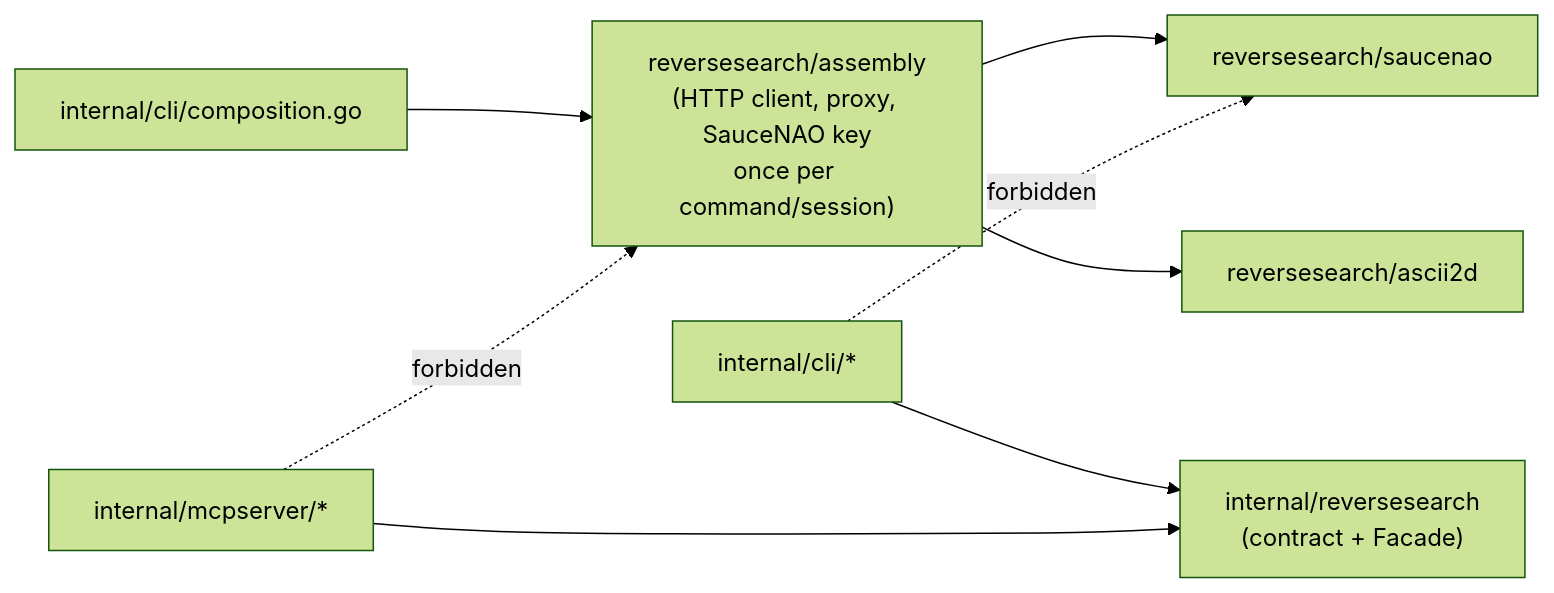
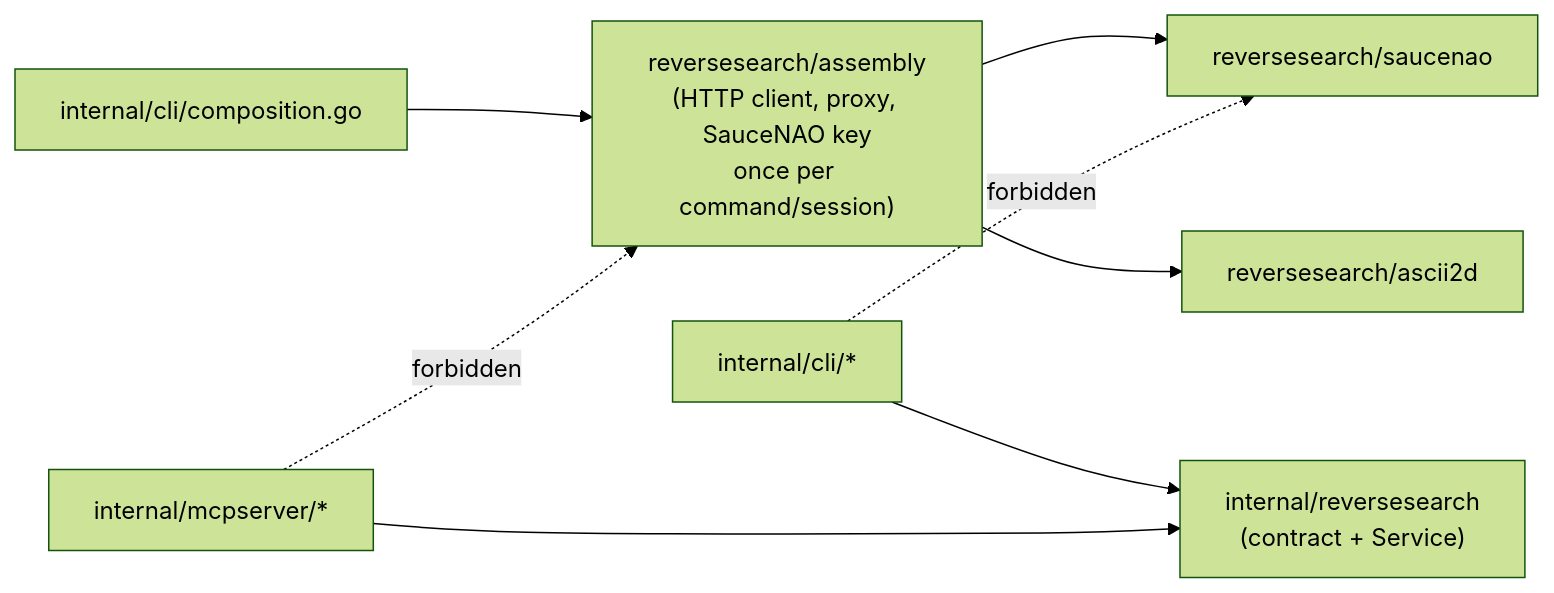
One commit to FlanChanXwO/pixiv-cli changed the third of 5 diagrams in docs/en/maintainers/architecture.md. Above: the diagram before and after it, drawn with Mermaid (forest theme). The commit also changed other lines of this file and 46 other files, not shown here.

````diff
--- a/docs/en/maintainers/architecture.md
+++ b/docs/en/maintainers/architecture.md
@@ -149,10 +149,10 @@
 ```mermaid
 flowchart LR
     COMP["internal/cli/composition.go"] --> ASM["reversesearch/assembly<br/>(HTTP client, proxy, SauceNAO key<br/>once per command/session)"]
     ASM --> SN["reversesearch/saucenao"]
     ASM --> A2["reversesearch/ascii2d"]
-    CMDS["internal/cli/*"] --> TOP["internal/reversesearch<br/>(contract + Facade)"]
+    CMDS["internal/cli/*"] --> TOP["internal/reversesearch<br/>(contract + Service)"]
     MCPS["internal/mcpserver/*"] --> TOP
     CMDS -.->|forbidden| SN
     MCPS -.->|forbidden| ASM
 ```
````
